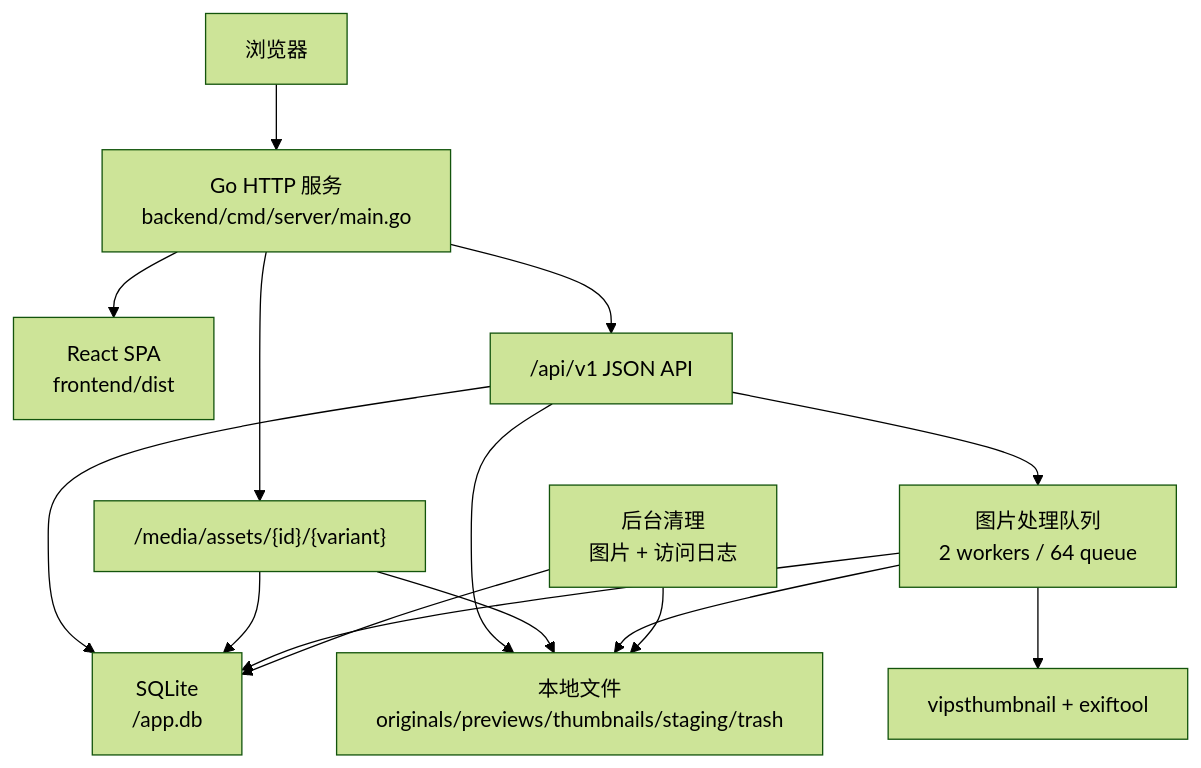
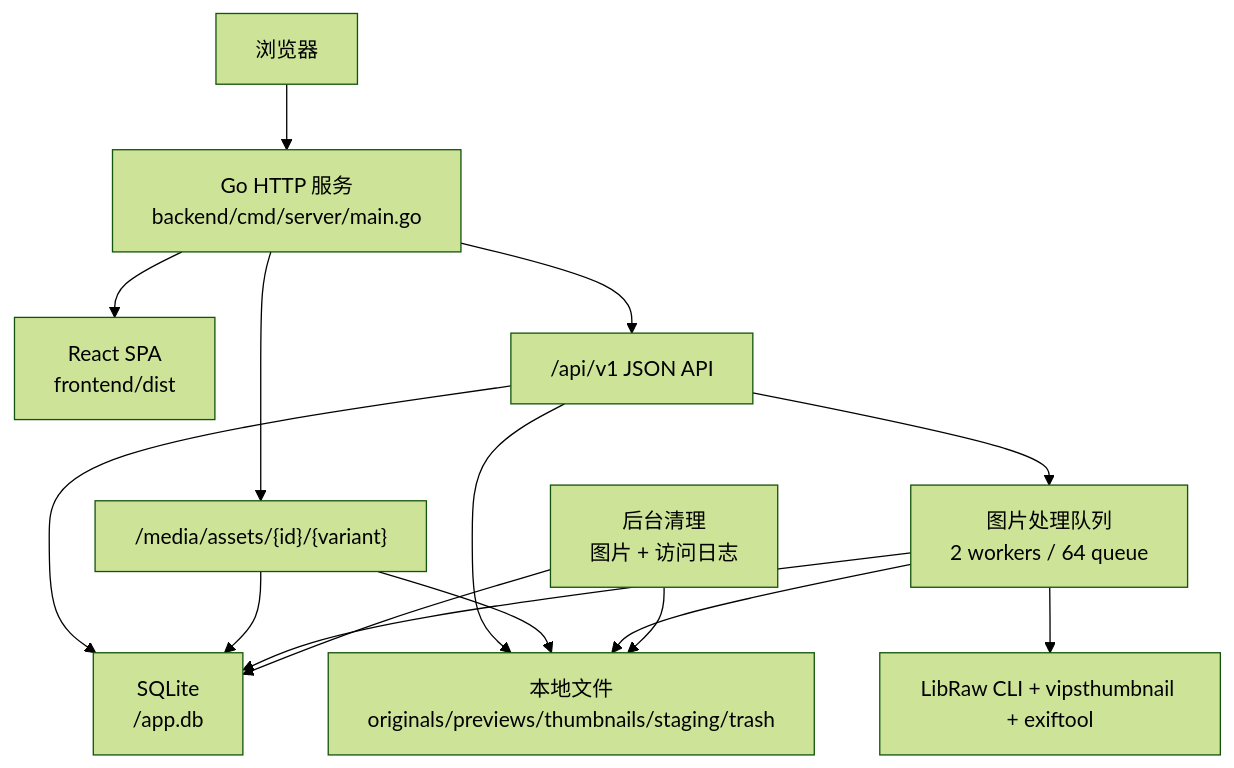
The diagram in docs/architecture/system-architecture.md (JesseTzh/Bo-Photos), drawn with Mermaid (forest theme) before and after one commit. The commit also changed other lines of this file and 15 other files, not shown here.

````diff
--- a/docs/architecture/system-architecture.md
+++ b/docs/architecture/system-architecture.md
@@ -9,28 +9,28 @@
 ```mermaid
 flowchart TB
     Browser["浏览器"]
     Go["Go HTTP 服务\nbackend/cmd/server/main.go"]
     SPA["React SPA\nfrontend/dist"]
     API["/api/v1 JSON API"]
     Media["/media/assets/{id}/{variant}"]
     SQLite["SQLite\n<dataDir>/app.db"]
     Storage["本地文件\noriginals/previews/thumbnails/staging/trash"]
     Jobs["图片处理队列\n2 workers / 64 queue"]
-    Tools["vipsthumbnail + exiftool"]
+    Tools["LibRaw CLI + vipsthumbnail + exiftool"]
     Cleanup["后台清理\n图片 + 访问日志"]
 
     Browser --> Go
     Go --> SPA
     Go --> API
     Go --> Media
     API --> SQLite
     API --> Storage
     Media --> SQLite
     Media --> Storage
     API --> Jobs
     Jobs --> Storage
     Jobs --> Tools
     Jobs --> SQLite
     Cleanup --> SQLite
     Cleanup --> Storage
 ```
````
